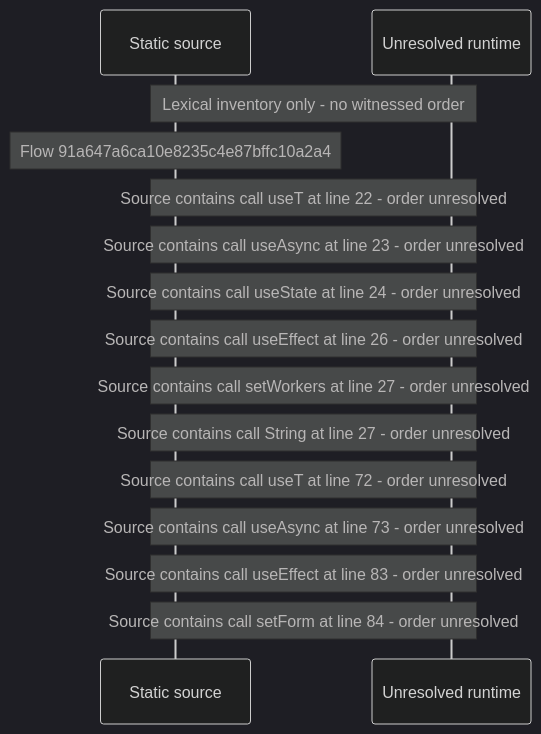
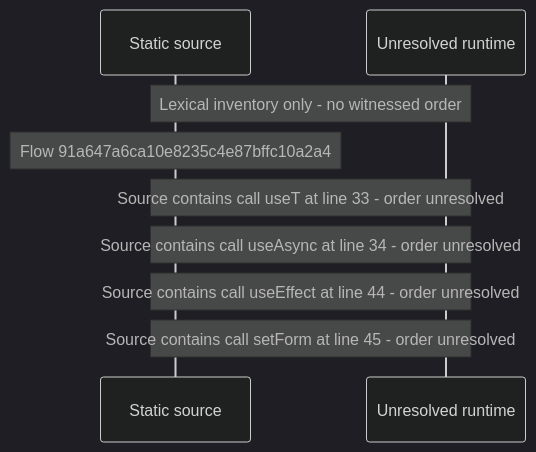
The diagram in docs/web/flows/generated/91a647a6ca10e8235c4e87bffc10a2a4/flow-diagram.md (beamfall/core), drawn with Mermaid (dark theme) before and after one commit. The commit also changed other lines of this file and 715 other files, not shown here.

First line of the commit message:
Regenerate the web flow record on main after CORE-1117

````diff
--- a/docs/web/flows/generated/91a647a6ca10e8235c4e87bffc10a2a4/flow-diagram.md
+++ b/docs/web/flows/generated/91a647a6ca10e8235c4e87bffc10a2a4/flow-diagram.md
@@ -10,17 +10,11 @@
 ```mermaid
 sequenceDiagram
     participant S as Static source
     participant U as Unresolved runtime
     Note over S,U: Lexical inventory only - no witnessed order
     Note over S: Flow 91a647a6ca10e8235c4e87bffc10a2a4
-    Note over S,U: Source contains call useT at line 22 - order unresolved
-    Note over S,U: Source contains call useAsync at line 23 - order unresolved
-    Note over S,U: Source contains call useState at line 24 - order unresolved
-    Note over S,U: Source contains call useEffect at line 26 - order unresolved
-    Note over S,U: Source contains call setWorkers at line 27 - order unresolved
-    Note over S,U: Source contains call String at line 27 - order unresolved
-    Note over S,U: Source contains call useT at line 72 - order unresolved
-    Note over S,U: Source contains call useAsync at line 73 - order unresolved
-    Note over S,U: Source contains call useEffect at line 83 - order unresolved
-    Note over S,U: Source contains call setForm at line 84 - order unresolved
+    Note over S,U: Source contains call useT at line 33 - order unresolved
+    Note over S,U: Source contains call useAsync at line 34 - order unresolved
+    Note over S,U: Source contains call useEffect at line 44 - order unresolved
+    Note over S,U: Source contains call setForm at line 45 - order unresolved
 ```
````
